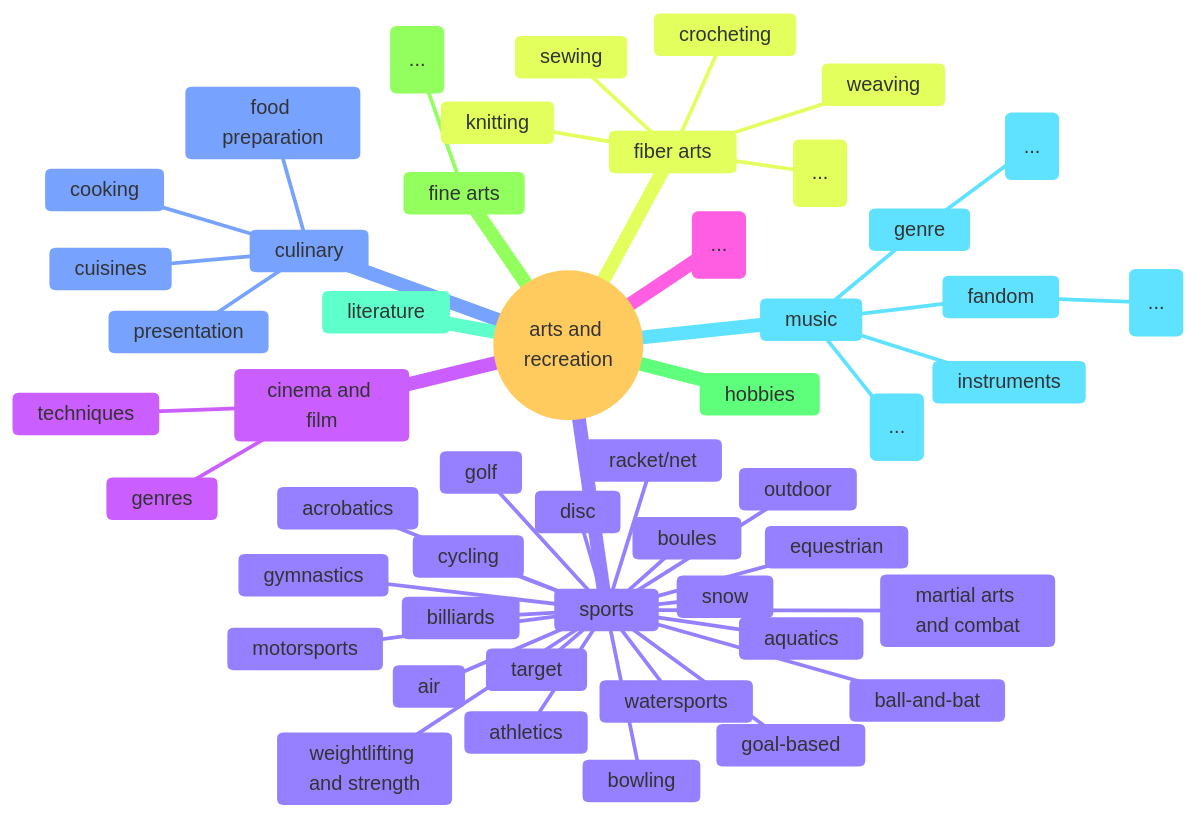
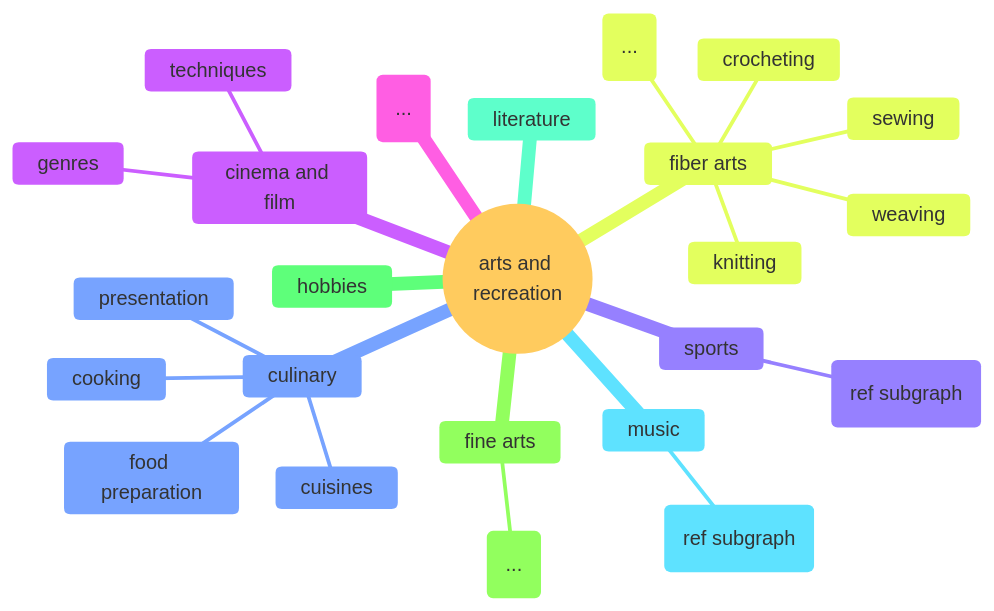
Before and after one commit to nimbinatus/taxonomy: the seventh of 18 diagrams in docs/full_taxonomy.md, drawn with Mermaid. The commit also changed other lines of this file, not shown here.

````diff
--- a/docs/full_taxonomy.md
+++ b/docs/full_taxonomy.md
@@ -158,61 +227,35 @@
 ```mermaid
 ---
 title: Arts and Recreation
 config:
     fontSize: 8
     theme: base
     mindmap:
         maxNodeWidth: 100
 ---
 mindmap
     root((arts and recreation))
         cinema and film
             genres
             techniques
         culinary
             cooking
             cuisines
             food preparation
             presentation
         fiber arts
             crocheting
             knitting
             sewing
             weaving
             id(...)
         fine arts
             id(...)
         hobbies
         literature
         music
-            fandom
-                id(...)
-            genre
-                id(...)
-            instruments
-            id(...)
+            id(ref subgraph)
         sports
-            acrobatics
-            air
-            aquatics
-            athletics
-            ball-and-bat
-            billiards
-            boules
-            bowling
-            cycling
-            disc
-            equestrian
-            golf
-            gymnastics
-            goal-based
-            martial arts and combat
-            motorsports
-            outdoor
-            racket/net
-            snow
-            target
-            watersports
-            weightlifting and strength
+            id(ref subgraph)
         id(...)
 ```
````
